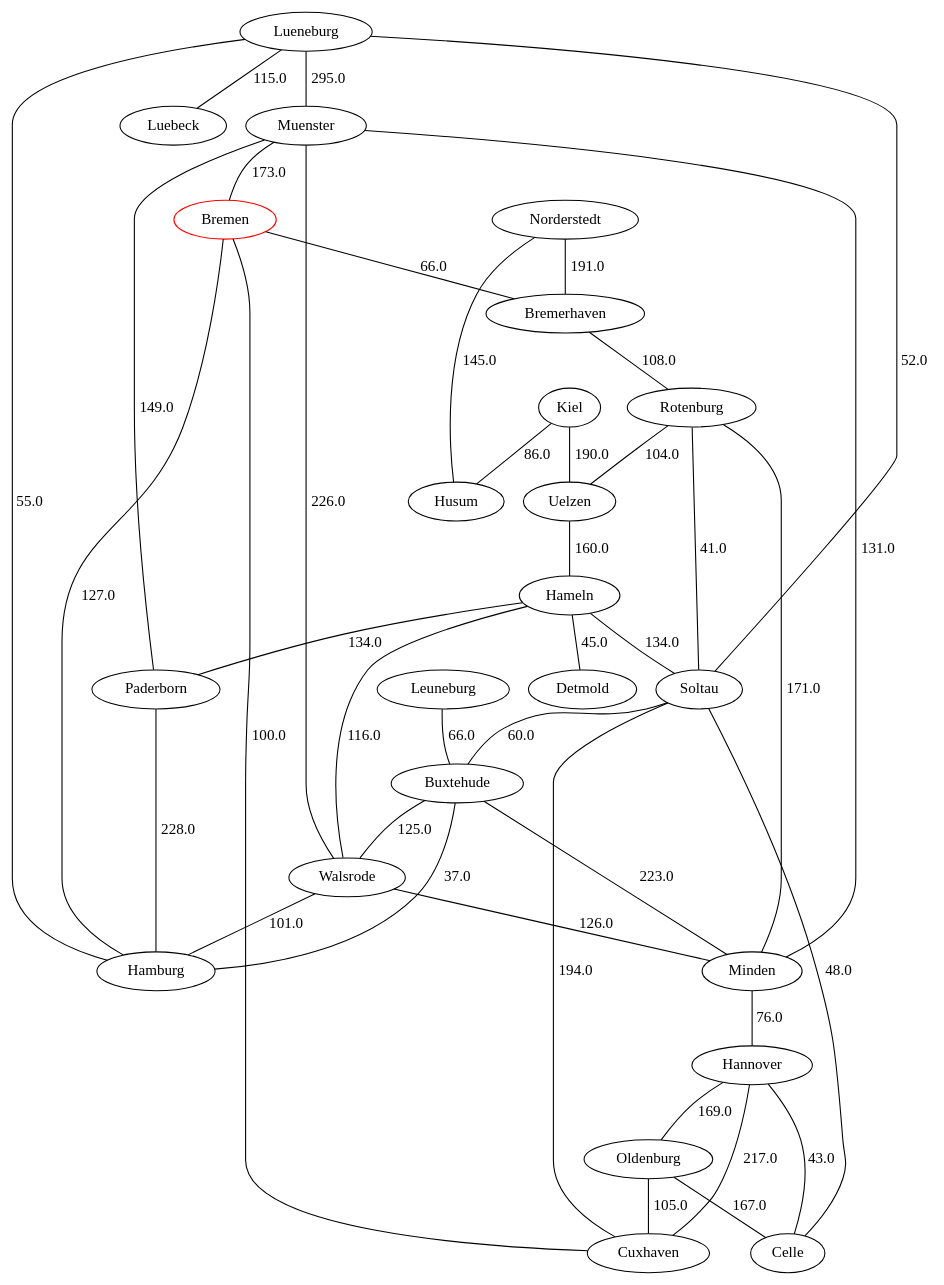
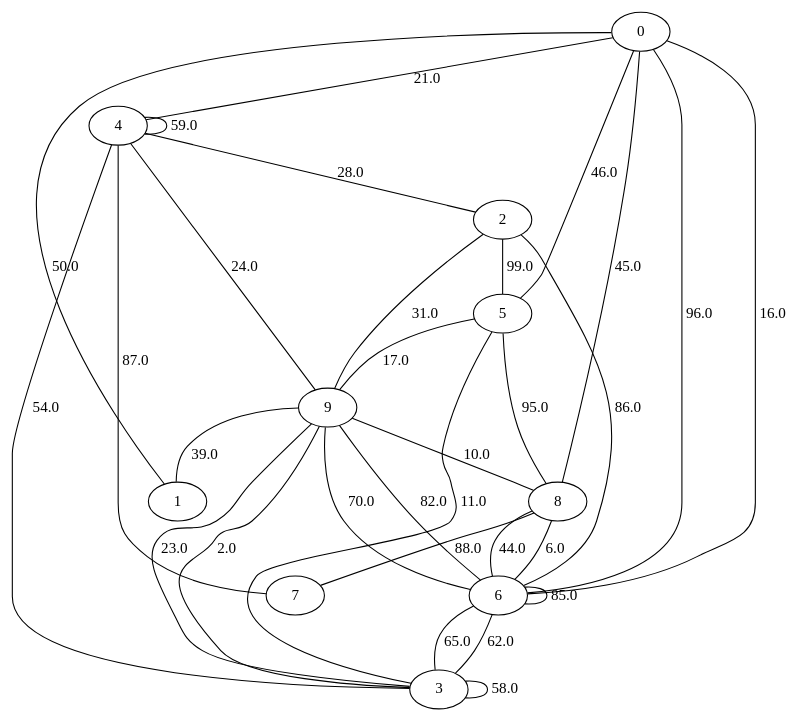
Before and after one commit to HAWProjects/GKA: the diagram in result/result.gv, drawn with Graphviz. The commit also changed 15 other files, not shown here.

```diff
--- a/result/result.gv
+++ b/result/result.gv
@@ -1,65 +1,42 @@
 graph G {
-  1 [ label="Paderborn" distortion="221" color="" ];
-  2 [ label="Hamburg" distortion="0" color="" ];
-  3 [ label="Bremen" distortion="95" color="red" ];
-  4 [ label="Bremerhaven" distortion="179" color="" ];
-  5 [ label="Norderstedt" distortion="24" color="" ];
-  6 [ label="Husum" distortion="120" color="" ];
-  7 [ label="Kiel" distortion="86" color="" ];
-  8 [ label="Lueneburg" distortion="44" color="" ];
-  9 [ label="Luebeck" distortion="57" color="" ];
-  10 [ label="Soltau" distortion="63" color="" ];
-  11 [ label="Hameln" distortion="166" color="" ];
-  12 [ label="Detmold" distortion="195" color="" ];
-  13 [ label="Muenster" distortion="237" color="" ];
-  14 [ label="Minden" distortion="157" color="" ];
-  15 [ label="Hannover" distortion="132" color="" ];
-  16 [ label="Oldenburg" distortion="126" color="" ];
-  17 [ label="Cuxhaven" distortion="92" color="" ];
-  18 [ label="Rotenburg" distortion="63" color="" ];
-  19 [ label="Uelzen" distortion="94" color="" ];
-  20 [ label="Leuneburg" distortion="44" color="" ];
-  21 [ label="Buxtehude" distortion="20" color="" ];
-  22 [ label="Walsrode" distortion="81" color="" ];
-  23 [ label="Celle" distortion="103" color="" ];
-  1 -- 2 [ label="228.0" weight="228.0" color="" ];
-  3 -- 2 [ label="127.0" weight="127.0" color="" ];
-  3 -- 4 [ label="66.0" weight="66.0" color="" ];
-  5 -- 4 [ label="191.0" weight="191.0" color="" ];
-  5 -- 6 [ label="145.0" weight="145.0" color="" ];
-  7 -- 6 [ label="86.0" weight="86.0" color="" ];
-  8 -- 9 [ label="115.0" weight="115.0" color="" ];
-  8 -- 10 [ label="52.0" weight="52.0" color="" ];
-  11 -- 10 [ label="134.0" weight="134.0" color="" ];
-  11 -- 1 [ label="134.0" weight="134.0" color="" ];
-  11 -- 12 [ label="45.0" weight="45.0" color="" ];
-  13 -- 3 [ label="173.0" weight="173.0" color="" ];
-  13 -- 14 [ label="131.0" weight="131.0" color="" ];
-  14 -- 15 [ label="76.0" weight="76.0" color="" ];
-  15 -- 16 [ label="169.0" weight="169.0" color="" ];
-  16 -- 17 [ label="105.0" weight="105.0" color="" ];
-  17 -- 15 [ label="217.0" weight="217.0" color="" ];
-  17 -- 3 [ label="100.0" weight="100.0" color="" ];
-  4 -- 18 [ label="108.0" weight="108.0" color="" ];
-  18 -- 10 [ label="41.0" weight="41.0" color="" ];
-  14 -- 18 [ label="171.0" weight="171.0" color="" ];
-  18 -- 19 [ label="104.0" weight="104.0" color="" ];
-  20 -- 21 [ label="66.0" weight="66.0" color="" ];
-  19 -- 11 [ label="160.0" weight="160.0" color="" ];
-  11 -- 22 [ label="116.0" weight="116.0" color="" ];
-  22 -- 2 [ label="101.0" weight="101.0" color="" ];
-  22 -- 14 [ label="126.0" weight="126.0" color="" ];
-  13 -- 22 [ label="226.0" weight="226.0" color="" ];
-  8 -- 13 [ label="295.0" weight="295.0" color="" ];
-  13 -- 1 [ label="149.0" weight="149.0" color="" ];
-  8 -- 2 [ label="55.0" weight="55.0" color="" ];
-  7 -- 19 [ label="190.0" weight="190.0" color="" ];
-  16 -- 23 [ label="167.0" weight="167.0" color="" ];
-  23 -- 15 [ label="43.0" weight="43.0" color="" ];
-  23 -- 10 [ label="48.0" weight="48.0" color="" ];
-  17 -- 10 [ label="194.0" weight="194.0" color="" ];
-  10 -- 21 [ label="60.0" weight="60.0" color="" ];
-  21 -- 2 [ label="37.0" weight="37.0" color="" ];
-  21 -- 14 [ label="223.0" weight="223.0" color="" ];
-  21 -- 22 [ label="125.0" weight="125.0" color="" ];
+  1 [ label="0" distortion="10" color="" ];
+  2 [ label="1" distortion="18" color="" ];
+  3 [ label="2" distortion="10" color="" ];
+  4 [ label="3" distortion="13" color="" ];
+  5 [ label="4" distortion="7" color="" ];
+  6 [ label="5" distortion="15" color="" ];
+  7 [ label="6" distortion="10" color="" ];
+  8 [ label="7" distortion="0" color="" ];
+  9 [ label="8" distortion="9" color="" ];
+  10 [ label="9" distortion="14" color="" ];
+  4 -- 10 [ label="2.0" weight="2.0" color="" ];
+  7 -- 7 [ label="85.0" weight="85.0" color="" ];
+  7 -- 10 [ label="82.0" weight="82.0" color="" ];
+  10 -- 9 [ label="10.0" weight="10.0" color="" ];
+  6 -- 10 [ label="17.0" weight="17.0" color="" ];
+  10 -- 2 [ label="39.0" weight="39.0" color="" ];
+  4 -- 4 [ label="58.0" weight="58.0" color="" ];
+  5 -- 3 [ label="28.0" weight="28.0" color="" ];
+  9 -- 7 [ label="6.0" weight="6.0" color="" ];
+  7 -- 1 [ label="16.0" weight="16.0" color="" ];
+  1 -- 5 [ label="21.0" weight="21.0" color="" ];
+  10 -- 7 [ label="70.0" weight="70.0" color="" ];
+  5 -- 8 [ label="87.0" weight="87.0" color="" ];
+  9 -- 8 [ label="88.0" weight="88.0" color="" ];
+  6 -- 1 [ label="46.0" weight="46.0" color="" ];
+  1 -- 2 [ label="50.0" weight="50.0" color="" ];
+  10 -- 3 [ label="31.0" weight="31.0" color="" ];
+  1 -- 7 [ label="96.0" weight="96.0" color="" ];
+  10 -- 4 [ label="23.0" weight="23.0" color="" ];
+  7 -- 4 [ label="65.0" weight="65.0" color="" ];
+  3 -- 7 [ label="86.0" weight="86.0" color="" ];
+  5 -- 5 [ label="59.0" weight="59.0" color="" ];
+  9 -- 6 [ label="95.0" weight="95.0" color="" ];
+  6 -- 4 [ label="11.0" weight="11.0" color="" ];
+  3 -- 6 [ label="99.0" weight="99.0" color="" ];
+  1 -- 9 [ label="45.0" weight="45.0" color="" ];
+  7 -- 9 [ label="44.0" weight="44.0" color="" ];
+  4 -- 5 [ label="54.0" weight="54.0" color="" ];
+  4 -- 7 [ label="62.0" weight="62.0" color="" ];
+  10 -- 5 [ label="24.0" weight="24.0" color="" ];
 }
```
